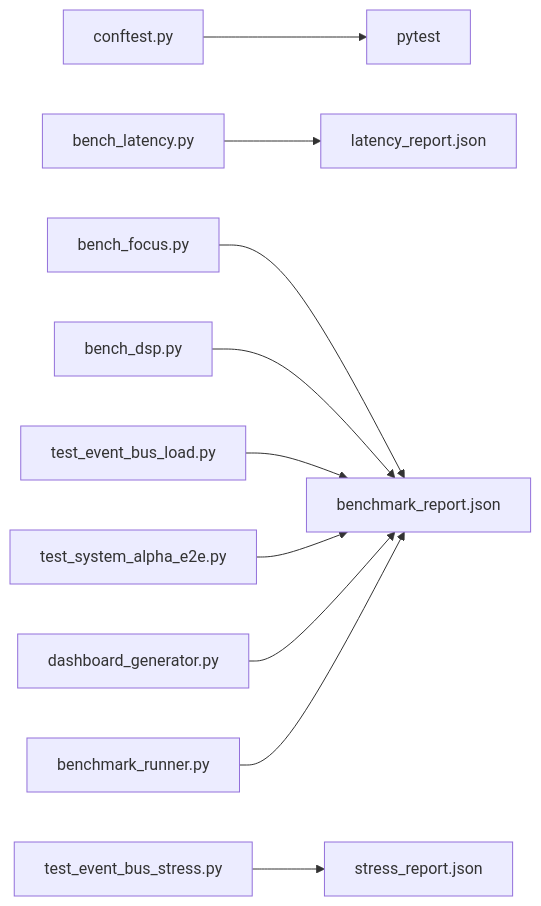
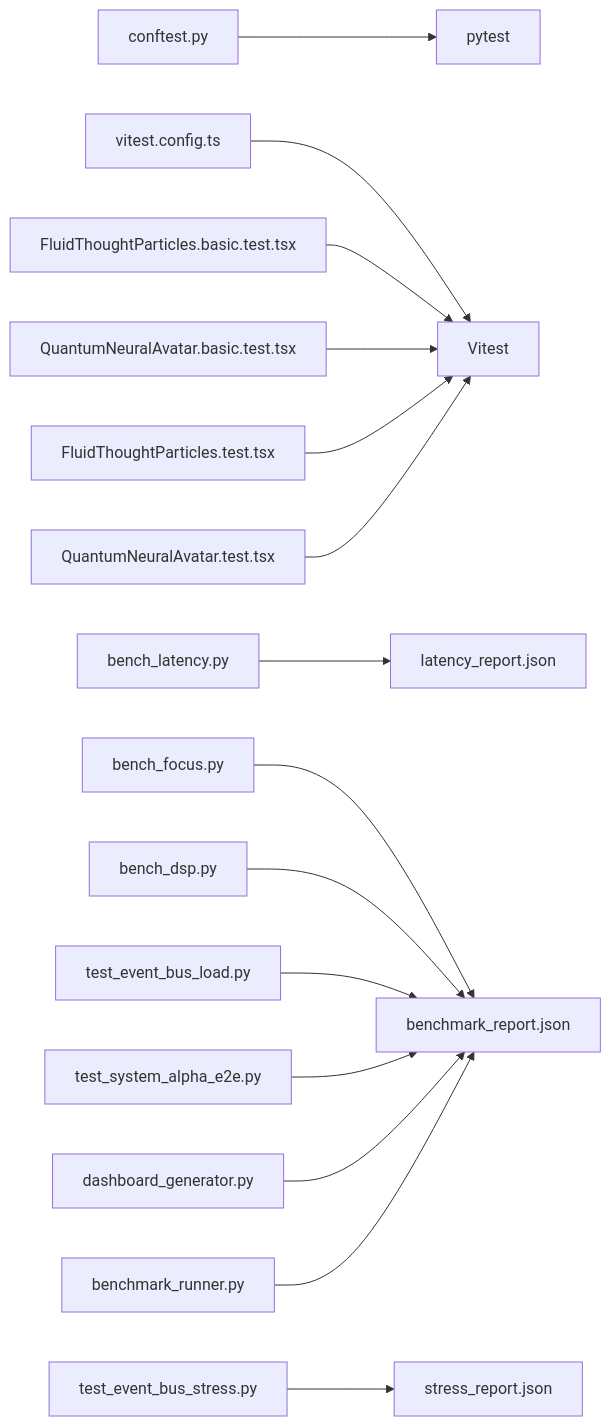
Before and after one commit to Moeabdelaziz007/Aether-Voice-OS: diagram 12 of 12 in .qoder/repowiki/en/content/Testing and Quality Assurance/Testing and Quality Assurance.md, drawn with Mermaid. The commit also changed other lines of this file and 10 other files, not shown here.

````diff
--- a/.qoder/repowiki/en/content/Testing and Quality Assurance/Testing and Quality Assurance.md
+++ b/.qoder/repowiki/en/content/Testing and Quality Assurance/Testing and Quality Assurance.md
@@ -398,12 +528,17 @@
 ```mermaid
 graph LR
 Cfg["conftest.py"] --> Pytest["pytest"]
+VitestCfg["vitest.config.ts"] --> Vitest["Vitest"]
 BenchLat["bench_latency.py"] --> Rep1["latency_report.json"]
 BenchFocus["bench_focus.py"] --> Rep2["benchmark_report.json"]
 BenchDSP["bench_dsp.py"] --> Rep2
 Stress["test_event_bus_stress.py"] --> Rep3["stress_report.json"]
 Load["test_event_bus_load.py"] --> Rep2
 E2E["test_system_alpha_e2e.py"] --> Rep2
 Dash["dashboard_generator.py"] --> Rep2
 Runner["benchmark_runner.py"] --> Rep2
+FTPB["FluidThoughtParticles.basic.test.tsx"] --> Vitest
+QNB["QuantumNeuralAvatar.basic.test.tsx"] --> Vitest
+FTPC["FluidThoughtParticles.test.tsx"] --> Vitest
+QNAC["QuantumNeuralAvatar.test.tsx"] --> Vitest
 ```
````
